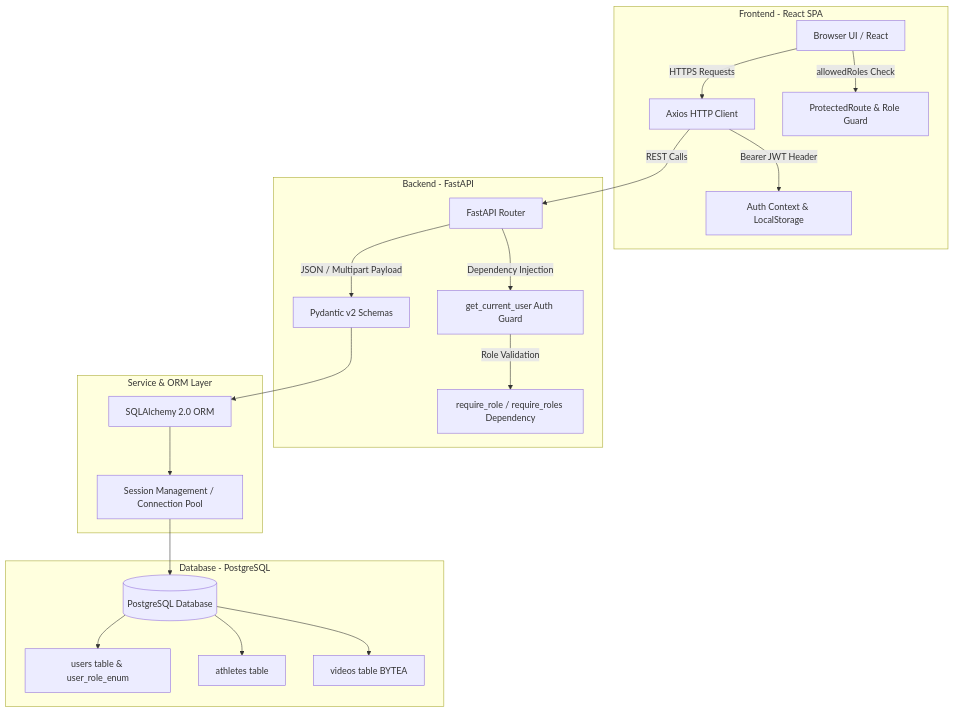
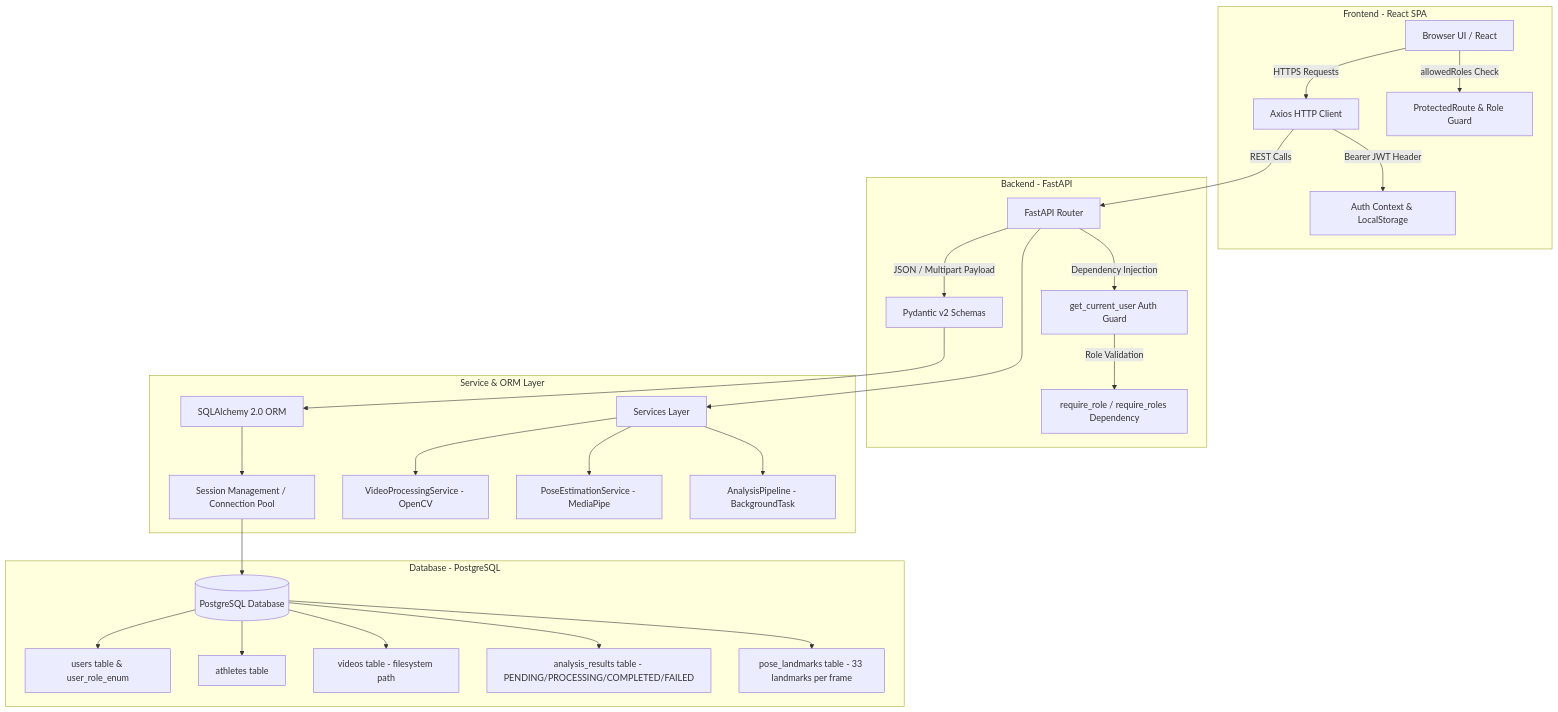
The first of 4 diagrams in docs/architecture.md (springboardmentor10529m/sports-injury-risk-detection), drawn with Mermaid before and after one commit. The commit also changed other lines of this file and 39 other files, not shown here.

````diff
--- a/docs/architecture.md
+++ b/docs/architecture.md
@@ -11,28 +11,34 @@
 ```mermaid
 graph TD
     subgraph Client Layer [Frontend - React SPA]
         A[Browser UI / React] -->|HTTPS Requests| B[Axios HTTP Client]
         B -->|Bearer JWT Header| C[Auth Context & LocalStorage]
         A -->|allowedRoles Check| R[ProtectedRoute & Role Guard]
     end
 
     subgraph API Layer [Backend - FastAPI]
         D[FastAPI Router] -->|Dependency Injection| E[get_current_user Auth Guard]
         E -->|Role Validation| F[require_role / require_roles Dependency]
         D -->|JSON / Multipart Payload| G[Pydantic v2 Schemas]
     end
 
     subgraph Service & ORM Layer
         G --> H[SQLAlchemy 2.0 ORM]
         H --> I[Session Management / Connection Pool]
+        D --> SVC[Services Layer]
+        SVC --> VP[VideoProcessingService - OpenCV]
+        SVC --> PE[PoseEstimationService - MediaPipe]
+        SVC --> AP[AnalysisPipeline - BackgroundTask]
     end
 
     subgraph Data Layer [Database - PostgreSQL]
         I --> J[(PostgreSQL Database)]
         J --> K[users table & user_role_enum]
         J --> L[athletes table]
-        J --> M[videos table BYTEA]
+        J --> M[videos table - filesystem path]
+        J --> N[analysis_results table - PENDING/PROCESSING/COMPLETED/FAILED]
+        J --> O[pose_landmarks table - 33 landmarks per frame]
     end
 
     B -->|REST Calls| D
 ```
````
